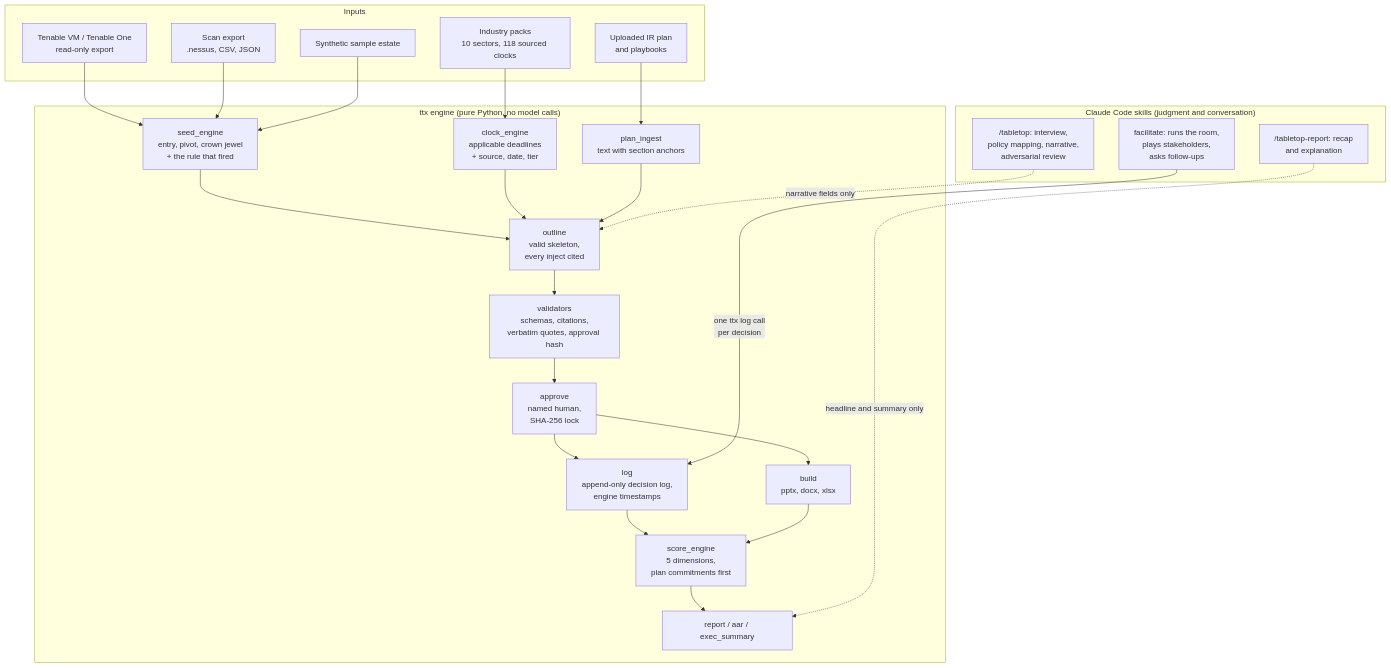
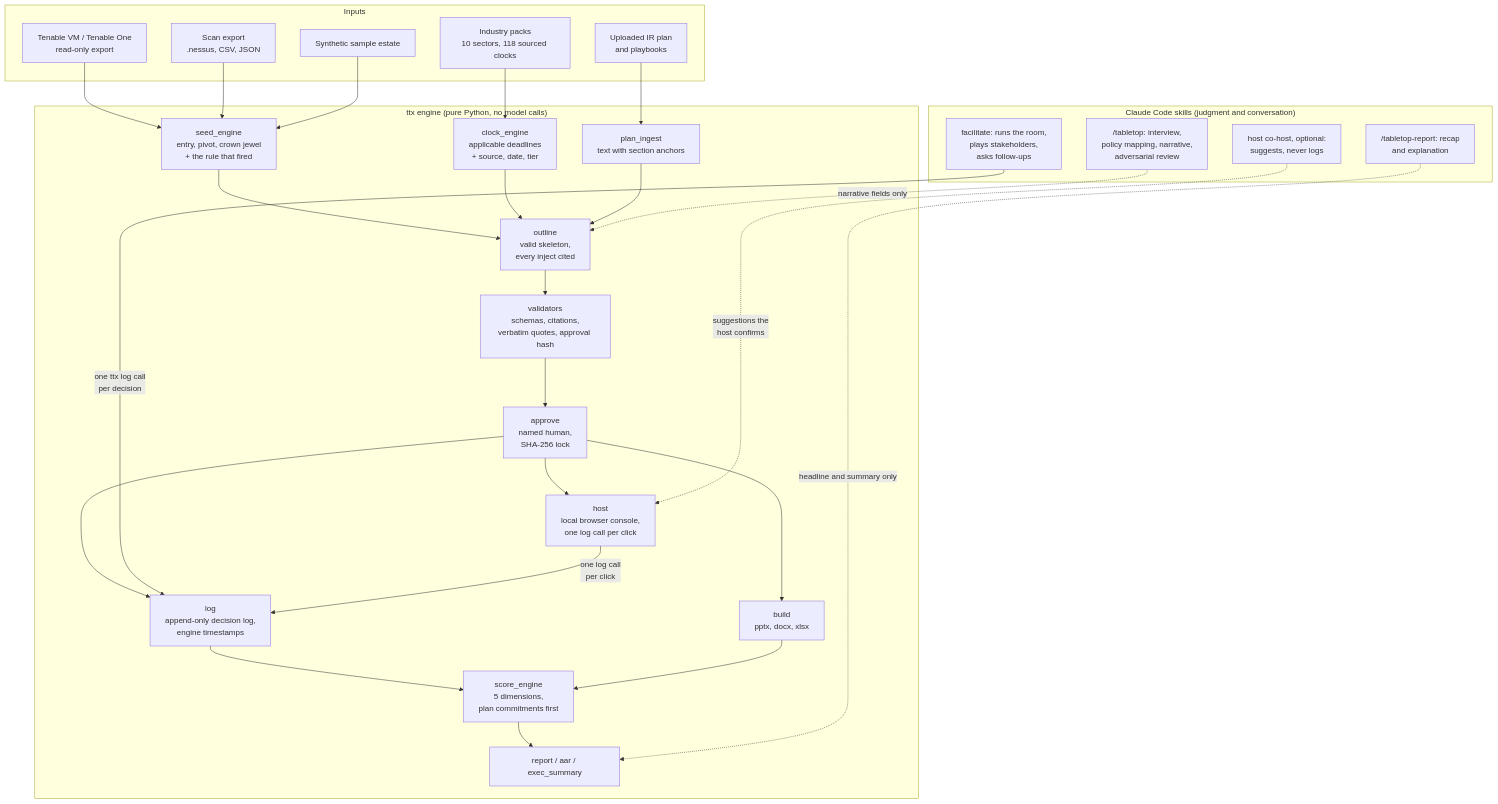
The second of 2 diagrams in README.md (eshin087/tabletop-gm), drawn with Mermaid before and after one commit. The commit also changed other lines of this file and 30 other files, not shown here.

First line of the commit message:
Add ttx host: host console and spoiler-free room screen

````diff
--- a/README.md
+++ b/README.md
@@ -139,44 +202,49 @@
 ```mermaid
 flowchart TB
     subgraph Inputs
         T["Tenable VM / Tenable One<br/>read-only export"]
         X["Scan export<br/>.nessus, CSV, JSON"]
         S["Synthetic sample estate"]
         P["Industry packs<br/>10 sectors, 118 sourced clocks"]
         U["Uploaded IR plan<br/>and playbooks"]
     end
     subgraph Engine["ttx engine (pure Python, no model calls)"]
         SE["seed_engine<br/>entry, pivot, crown jewel<br/>+ the rule that fired"]
         CE["clock_engine<br/>applicable deadlines<br/>+ source, date, tier"]
         PI["plan_ingest<br/>text with section anchors"]
         OL["outline<br/>valid skeleton,<br/>every inject cited"]
         AP["approve<br/>named human,<br/>SHA-256 lock"]
         LG["log<br/>append-only decision log,<br/>engine timestamps"]
+        HS["host<br/>local browser console,<br/>one log call per click"]
         BD["build<br/>pptx, docx, xlsx"]
         SC["score_engine<br/>5 dimensions,<br/>plan commitments first"]
         RP["report / aar / exec_summary"]
         V["validators<br/>schemas, citations,<br/>verbatim quotes, approval hash"]
     end
     subgraph Claude["Claude Code skills (judgment and conversation)"]
         K1["/tabletop: interview,<br/>policy mapping, narrative,<br/>adversarial review"]
         K2["facilitate: runs the room,<br/>plays stakeholders,<br/>asks follow-ups"]
         K3["/tabletop-report: recap<br/>and explanation"]
+        K4["host co-host, optional:<br/>suggests, never logs"]
     end
     T --> SE
     X --> SE
     S --> SE
     P --> CE
     U --> PI
     SE --> OL
     CE --> OL
     PI --> OL
     K1 -. "narrative fields only" .-> OL
     OL --> V --> AP
     AP --> LG
     K2 -- "one ttx log call<br/>per decision" --> LG
+    AP --> HS
+    HS -- "one log call<br/>per click" --> LG
+    K4 -. "suggestions the<br/>host confirms" .-> HS
     AP --> BD
     LG --> SC
     BD --> SC
     SC --> RP
     K3 -. "headline and summary only" .-> RP
 ```
````
